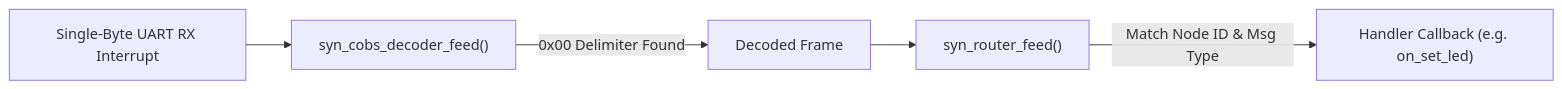
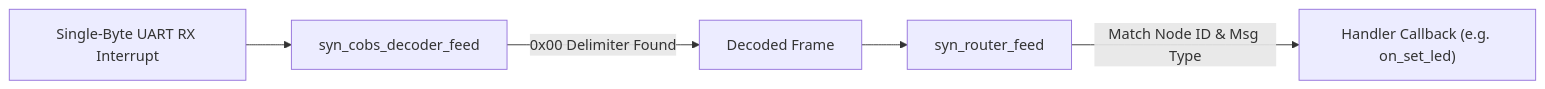
The diagram in docs/modules/communication.md (chenyurong22/SyntropicOS), drawn with Mermaid before and after one commit. The commit also changed 8 other files, not shown here.

First line of the commit message:
docs(mermaid): fix unquoted parentheses and invalid syntax across all documentation diagrams

````diff
--- a/docs/modules/communication.md
+++ b/docs/modules/communication.md
@@ -35,7 +35,7 @@
 ```mermaid
 flowchart LR
-    UART["Single-Byte UART RX Interrupt"] --> Decoder["syn_cobs_decoder_feed()"]
-    Decoder -- 0x00 Delimiter Found --> Assembly["Decoded Frame"]
-    Assembly --> Router["syn_router_feed()"]
-    Router -- Match Node ID & Msg Type --> Callback["Handler Callback (e.g. on_set_led)"]
+    UART["Single-Byte UART RX Interrupt"] --> Decoder["syn_cobs_decoder_feed"]
+    Decoder -->|0x00 Delimiter Found| Assembly["Decoded Frame"]
+    Assembly --> Router["syn_router_feed"]
+    Router -->|Match Node ID & Msg Type| Callback["Handler Callback (e.g. on_set_led)"]
 ```
````
